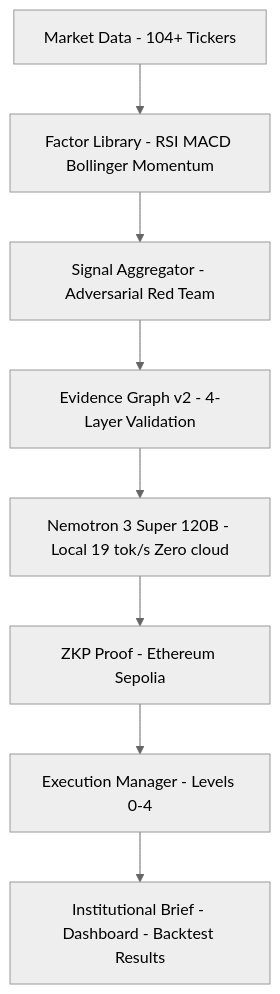
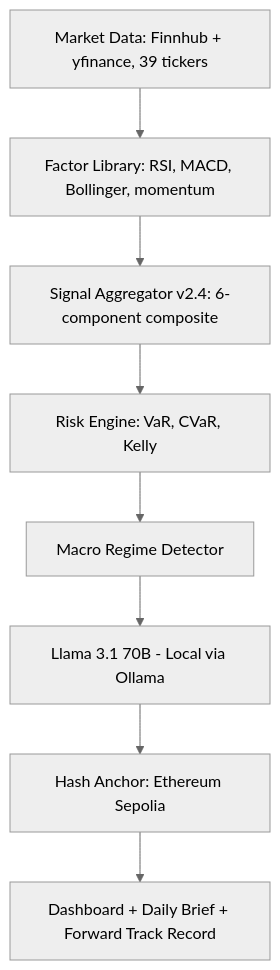
One commit to YuClawLab/yuclaw-brain changed the diagram in README.md. Above: the diagram before and after it, drawn with Mermaid (neutral theme). The commit also changed other lines of this file, not shown here.

First line of the commit message:
docs(brain): README rewrite — honest framing, drop institutional/120B/marketing claims

````diff
--- a/README.md
+++ b/README.md
@@ -135,10 +140,10 @@
 ```mermaid
 graph TD
-    A[Market Data - 104+ Tickers] --> B[Factor Library - RSI MACD Bollinger Momentum]
-    B --> C[Signal Aggregator - Adversarial Red Team]
-    C --> D[Evidence Graph v2 - 4-Layer Validation]
-    D --> E[Nemotron 3 Super 120B - Local 19 tok/s Zero cloud]
-    E --> F[ZKP Proof - Ethereum Sepolia]
-    F --> G[Execution Manager - Levels 0-4]
-    G --> H[Institutional Brief - Dashboard - Backtest Results]
+    A[Market Data: Finnhub + yfinance, 39 tickers] --> B[Factor Library: RSI, MACD, Bollinger, momentum]
+    B --> C[Signal Aggregator v2.4: 6-component composite]
+    C --> D[Risk Engine: VaR, CVaR, Kelly]
+    D --> E[Macro Regime Detector]
+    E --> F[Llama 3.1 70B - Local via Ollama]
+    F --> G[Hash Anchor: Ethereum Sepolia]
+    G --> H[Dashboard + Daily Brief + Forward Track Record]
 ```
````
